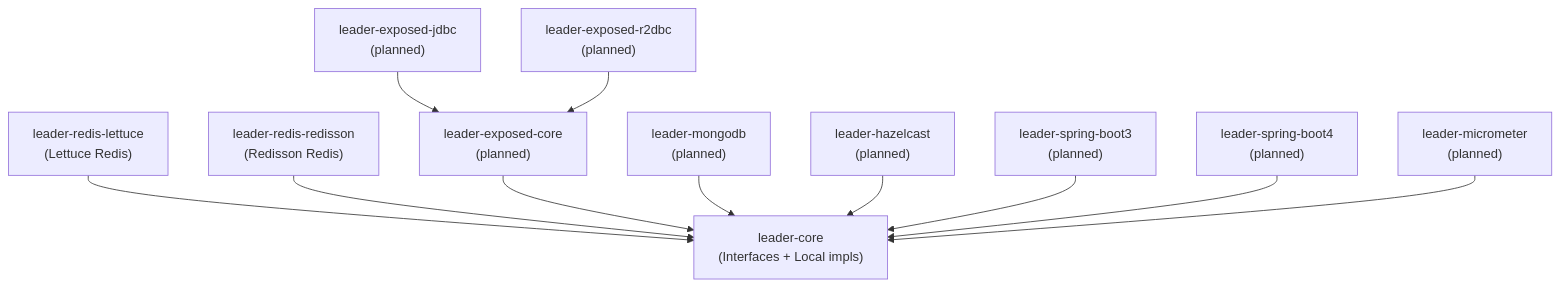
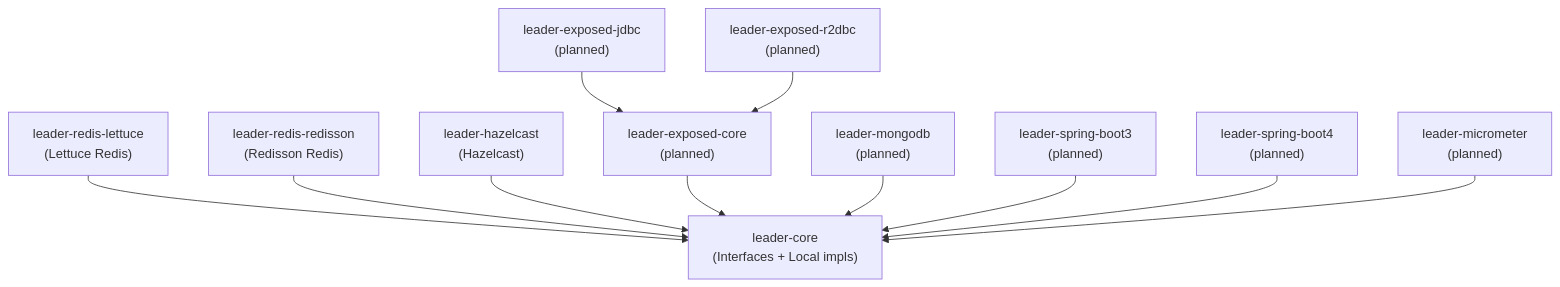
One commit to bluetape4k/bluetape4k-leader changed the first of 3 diagrams in README.md. Above: the diagram before and after it, drawn with Mermaid. The commit also changed other lines of this file and 19 other files, not shown here.

First line of the commit message:
feat: leader-hazelcast 구현 (IMap 토큰 락 기반, Closes #9)

````diff
--- a/README.md
+++ b/README.md
@@ -24,25 +24,25 @@
 ```mermaid
 graph TD
     Core["leader-core\n(Interfaces + Local impls)"]
     Lettuce["leader-redis-lettuce\n(Lettuce Redis)"]
     Redisson["leader-redis-redisson\n(Redisson Redis)"]
+    Hazelcast["leader-hazelcast\n(Hazelcast)"]
     ExposedCore["leader-exposed-core\n(planned)"]
     ExposedJdbc["leader-exposed-jdbc\n(planned)"]
     ExposedR2dbc["leader-exposed-r2dbc\n(planned)"]
     Mongo["leader-mongodb\n(planned)"]
-    Hazelcast["leader-hazelcast\n(planned)"]
     SB3["leader-spring-boot3\n(planned)"]
     SB4["leader-spring-boot4\n(planned)"]
     Metrics["leader-micrometer\n(planned)"]
 
     Lettuce --> Core
     Redisson --> Core
+    Hazelcast --> Core
     ExposedCore --> Core
     ExposedJdbc --> ExposedCore
     ExposedR2dbc --> ExposedCore
     Mongo --> Core
-    Hazelcast --> Core
     SB3 --> Core
     SB4 --> Core
     Metrics --> Core
 ```
````
